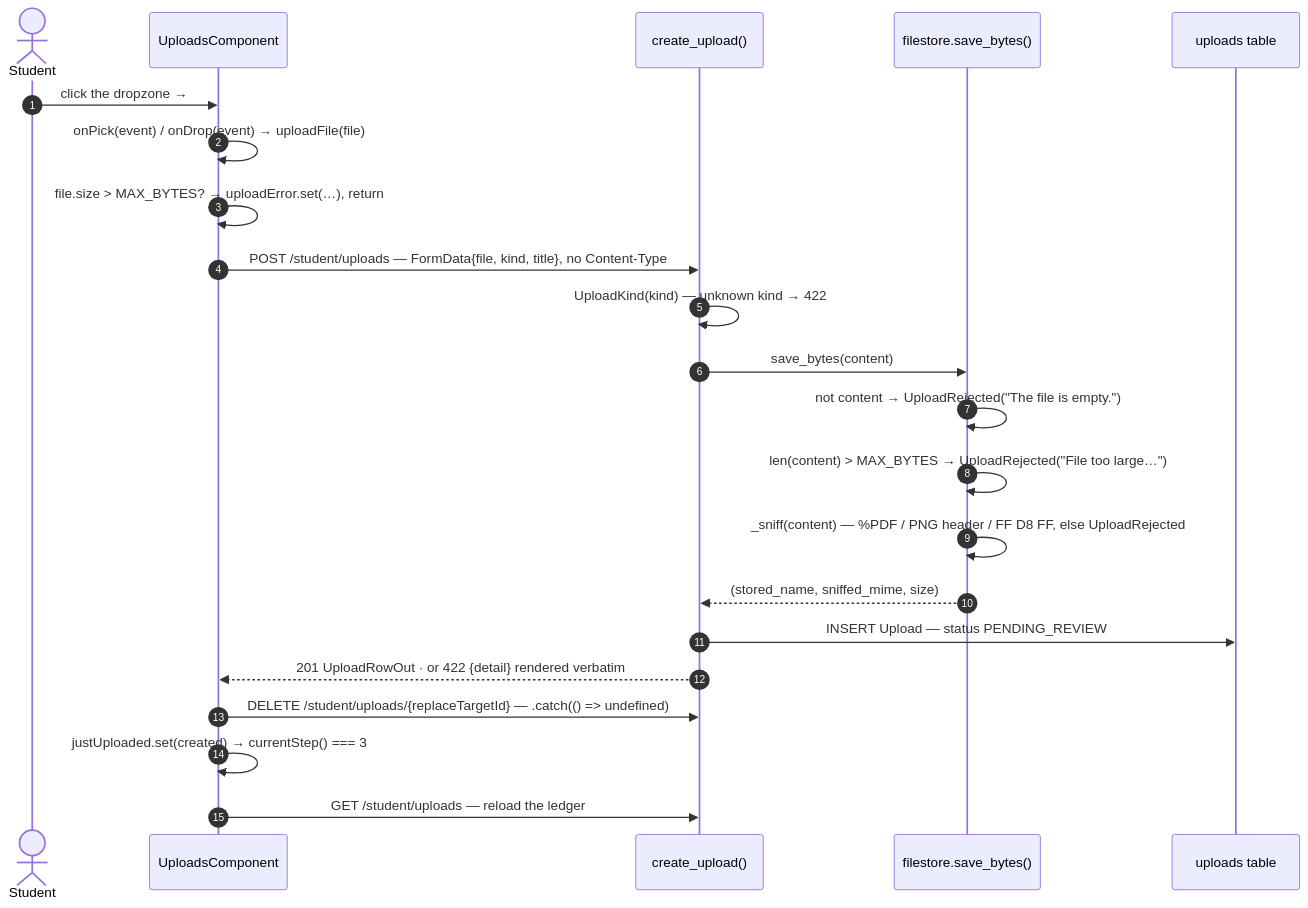
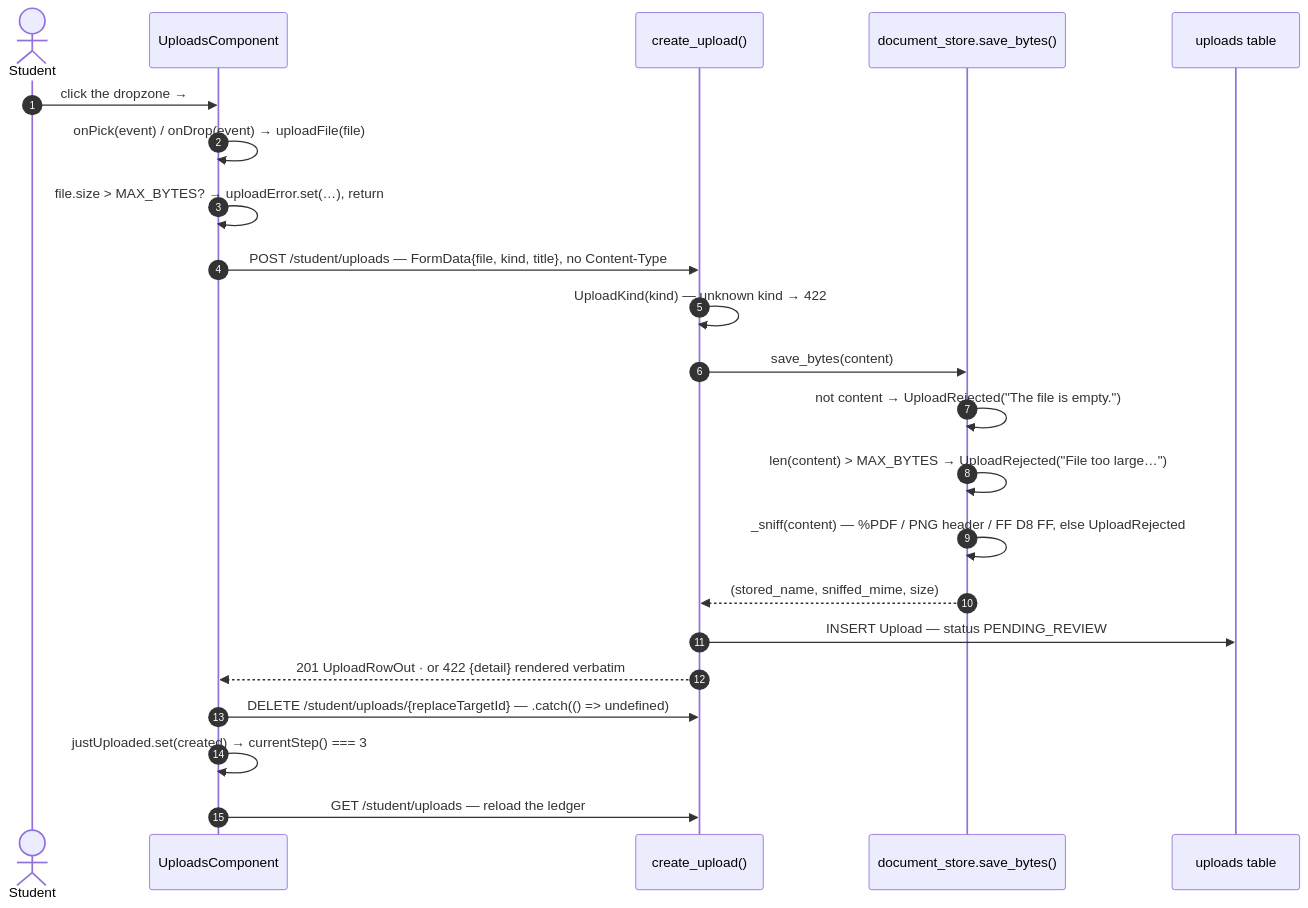
Before and after one commit to darshani8/reep-: the second of 4 diagrams in docs/codebase-mahabharath/13-frontend-features.md, drawn with Mermaid. The commit also changed other lines of this file and 52 other files, not shown here.

````diff
--- a/docs/codebase-mahabharath/13-frontend-features.md
+++ b/docs/codebase-mahabharath/13-frontend-features.md
@@ -1243,25 +1243,25 @@
 ```mermaid
 sequenceDiagram
   autonumber
   actor S as Student
   participant C as UploadsComponent
   participant API as create_upload()
-  participant FS as filestore.save_bytes()
+  participant FS as document_store.save_bytes()
   participant DB as uploads table
 
   S->>C: click the dropzone → #picker, or drop a file
   C->>C: onPick(event) / onDrop(event) → uploadFile(file)
   C->>C: file.size > MAX_BYTES? → uploadError.set(…), return
   C->>API: POST /student/uploads — FormData{file, kind, title}, no Content-Type
   API->>API: UploadKind(kind) — unknown kind → 422
   API->>FS: save_bytes(content)
   FS->>FS: not content → UploadRejected("The file is empty.")
   FS->>FS: len(content) > MAX_BYTES → UploadRejected("File too large…")
   FS->>FS: _sniff(content) — %PDF / PNG header / FF D8 FF, else UploadRejected
   FS-->>API: (stored_name, sniffed_mime, size)
   API->>DB: INSERT Upload — status PENDING_REVIEW
   API-->>C: 201 UploadRowOut · or 422 {detail} rendered verbatim
   C->>API: DELETE /student/uploads/{replaceTargetId} — .catch(() => undefined)
   C->>C: justUploaded.set(created) → currentStep() === 3
   C->>API: GET /student/uploads — reload the ledger
 ```
````
